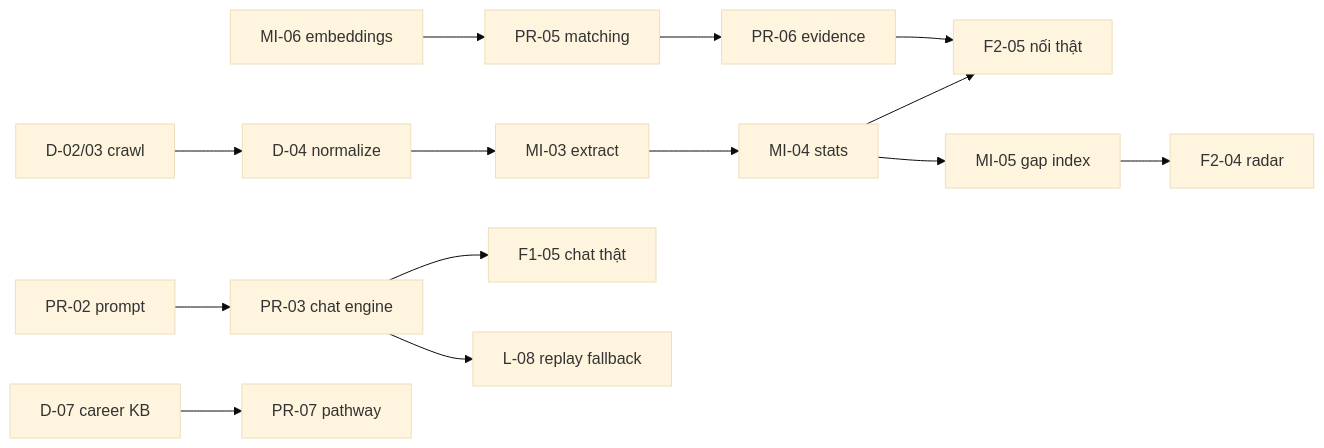
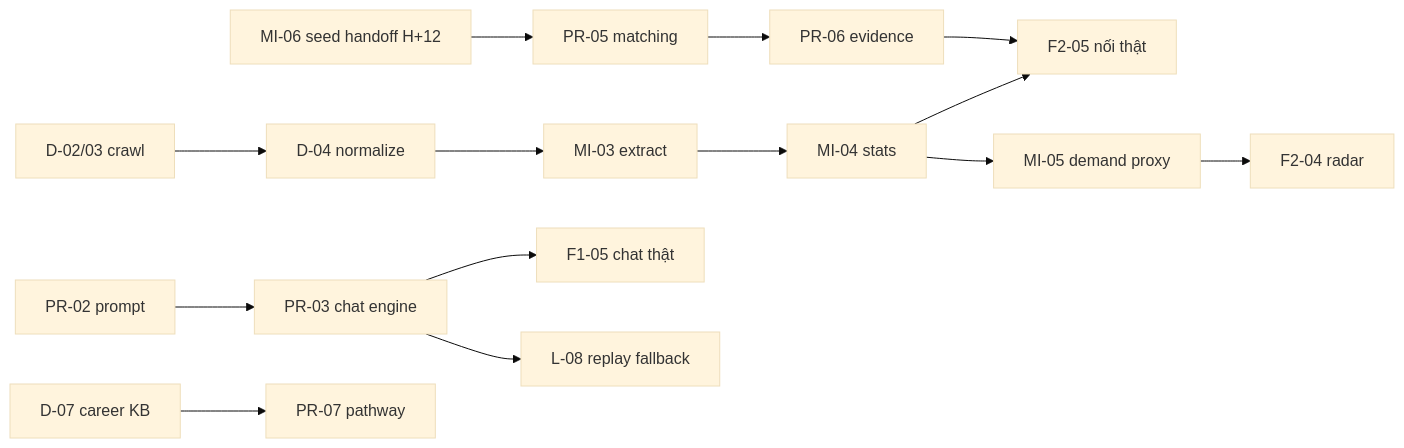
One commit to MRXz194/TitanHack_Careercompass changed the diagram in docs/TASKS.md. Above: the diagram before and after it, drawn with Mermaid (base theme). The commit also changed other lines of this file and 39 other files, not shown here.

````diff
--- a/docs/TASKS.md
+++ b/docs/TASKS.md
@@ -140,10 +145,10 @@
 ```mermaid
 graph LR
   D02[D-02/03 crawl] --> D04[D-04 normalize] --> MI03[MI-03 extract]
   MI03 --> MI04[MI-04 stats] --> F205[F2-05 nối thật]
-  MI04 --> MI05[MI-05 gap index] --> F204[F2-04 radar]
-  MI06[MI-06 embeddings] --> PR05[PR-05 matching] --> PR06[PR-06 evidence] --> F205
+  MI04 --> MI05[MI-05 demand proxy] --> F204[F2-04 radar]
+  MI06[MI-06 seed handoff H+12] --> PR05[PR-05 matching] --> PR06[PR-06 evidence] --> F205
   PR02[PR-02 prompt] --> PR03[PR-03 chat engine] --> F105[F1-05 chat thật]
   D07[D-07 career KB] --> PR07[PR-07 pathway]
   PR03 --> L08[L-08 replay fallback]
 ```
````
